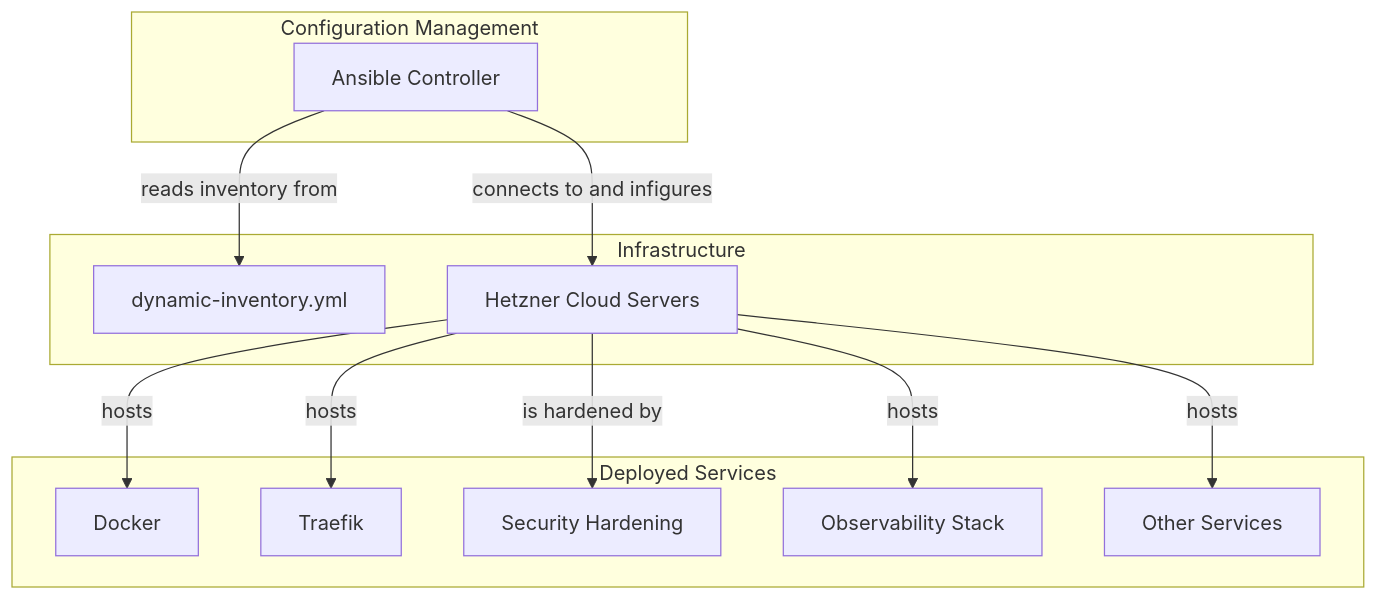
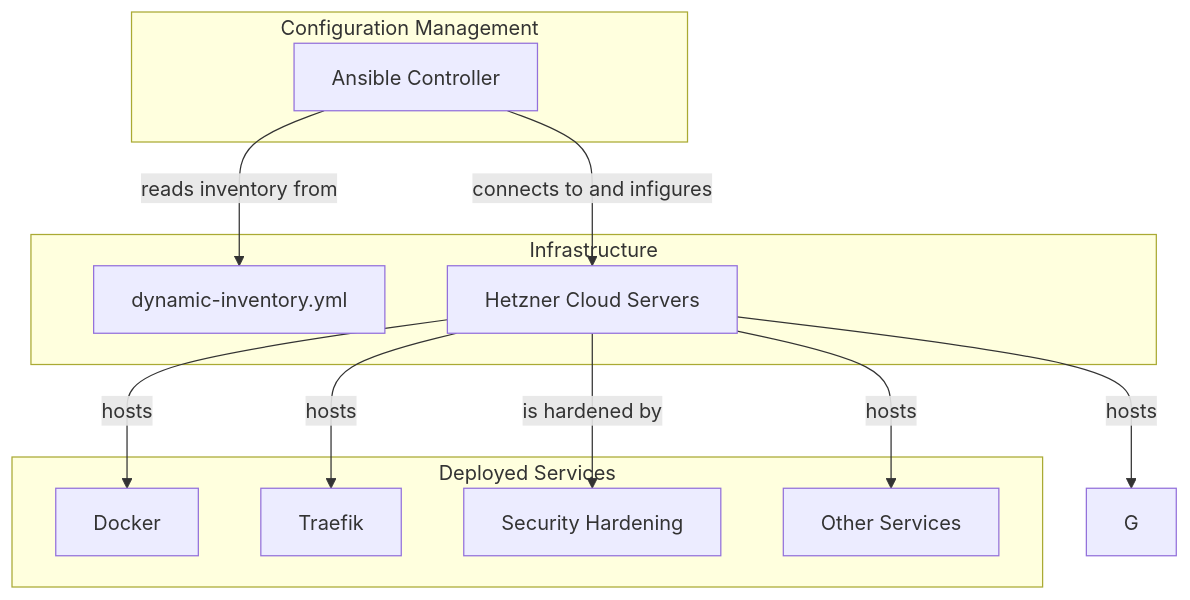
One commit to Aitbytes/blithe-1 changed the diagram in docs/reference/ansible.md. Above: the diagram before and after it, drawn with Mermaid. The commit also changed other lines of this file and 2 other files, not shown here.

Commit message:
refactor: Remove observability module and documentation

````diff
--- a/docs/reference/ansible.md
+++ b/docs/reference/ansible.md
@@ -11,27 +11,27 @@
 ```mermaid
 graph TD
     subgraph "Configuration Management"
         A[Ansible Controller]
     end
 
     subgraph "Infrastructure"
         B[dynamic-inventory.yml]
         C[Hetzner Cloud Servers]
     end
 
     subgraph "Deployed Services"
         D[Docker]
         E[Traefik]
         F[Security Hardening]
-        G[Observability Stack]
+
         H[Other Services]
     end
 
     A -- "reads inventory from" --> B
     A -- "connects to and infigures" --> C
     C -- "hosts" --> D
     C -- "hosts" --> E
     C -- "is hardened by" --> F
     C -- "hosts" --> G
     C -- "hosts" --> H
 ```
````
